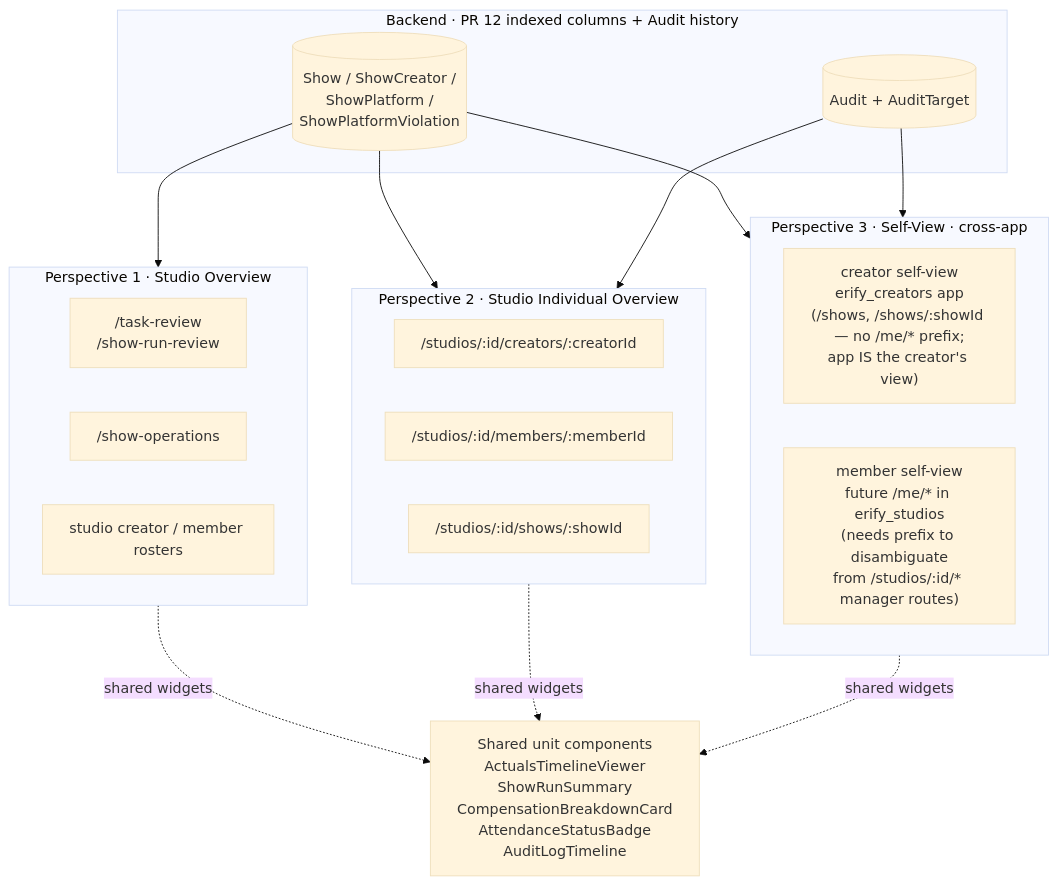
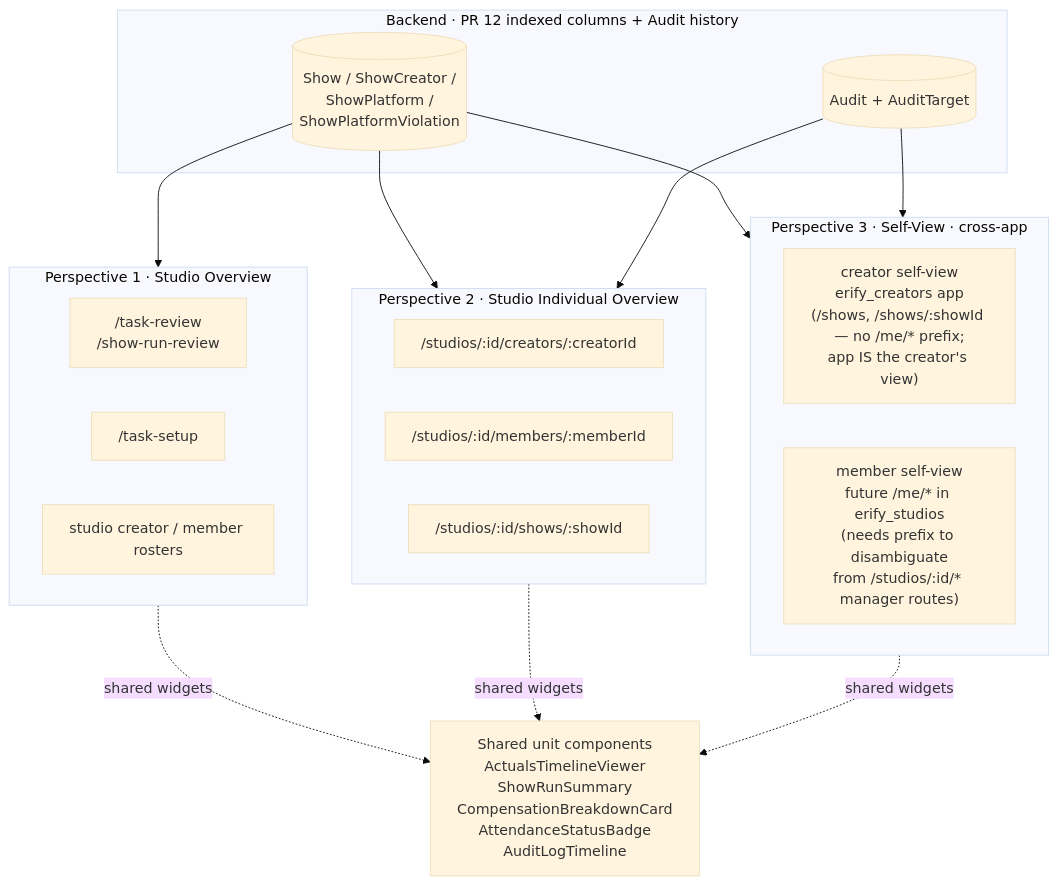
One commit to allenlin90/eridu-services changed the fifth of 5 diagrams in apps/erify_api/docs/design/TASK_INPUT_FACT_BINDING_DESIGN.md. Above: the diagram before and after it, drawn with Mermaid (base theme). The commit also changed other lines of this file and 14 other files, not shown here.

Commit message:
docs: align task setup naming

````diff
--- a/apps/erify_api/docs/design/TASK_INPUT_FACT_BINDING_DESIGN.md
+++ b/apps/erify_api/docs/design/TASK_INPUT_FACT_BINDING_DESIGN.md
@@ -419,36 +419,36 @@
 ```mermaid
 flowchart TB
     subgraph BE[Backend · PR 12 indexed columns + Audit history]
         IDX[(Show / ShowCreator /<br/>ShowPlatform /<br/>ShowPlatformViolation)]
         AUDIT[(Audit + AuditTarget)]
     end
 
     subgraph P1[Perspective 1 · Studio Overview]
         SO1["/task-review<br/>/show-run-review"]
-        SO2["/show-operations"]
+        SO2["/task-setup"]
         SO3["studio creator / member rosters"]
     end
 
     subgraph P2[Perspective 2 · Studio Individual Overview]
         SI1["/studios/:id/creators/:creatorId"]
         SI2["/studios/:id/members/:memberId"]
         SI3["/studios/:id/shows/:showId"]
     end
 
     subgraph P3[Perspective 3 · Self-View · cross-app]
         ME1["creator self-view<br/>erify_creators app<br/>(/shows, /shows/:showId — no /me/* prefix;<br/>app IS the creator's view)"]
         ME2["member self-view<br/>future /me/* in erify_studios<br/>(needs prefix to disambiguate<br/>from /studios/:id/* manager routes)"]
     end
 
     IDX --> P1
     IDX --> P2
     IDX --> P3
     AUDIT --> P2
     AUDIT --> P3
 
     P1 -. shared widgets .-> W
     P2 -. shared widgets .-> W
     P3 -. shared widgets .-> W
 
     W["Shared unit components<br/>ActualsTimelineViewer<br/>ShowRunSummary<br/>CompensationBreakdownCard<br/>AttendanceStatusBadge<br/>AuditLogTimeline"]
 ```
````
